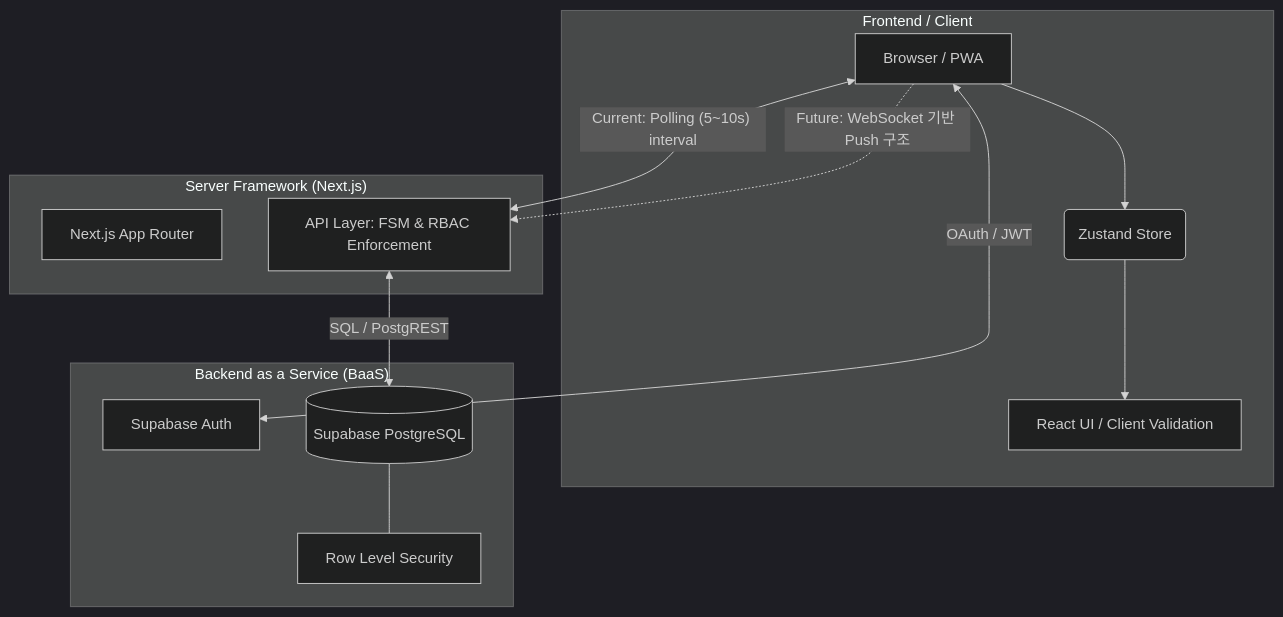
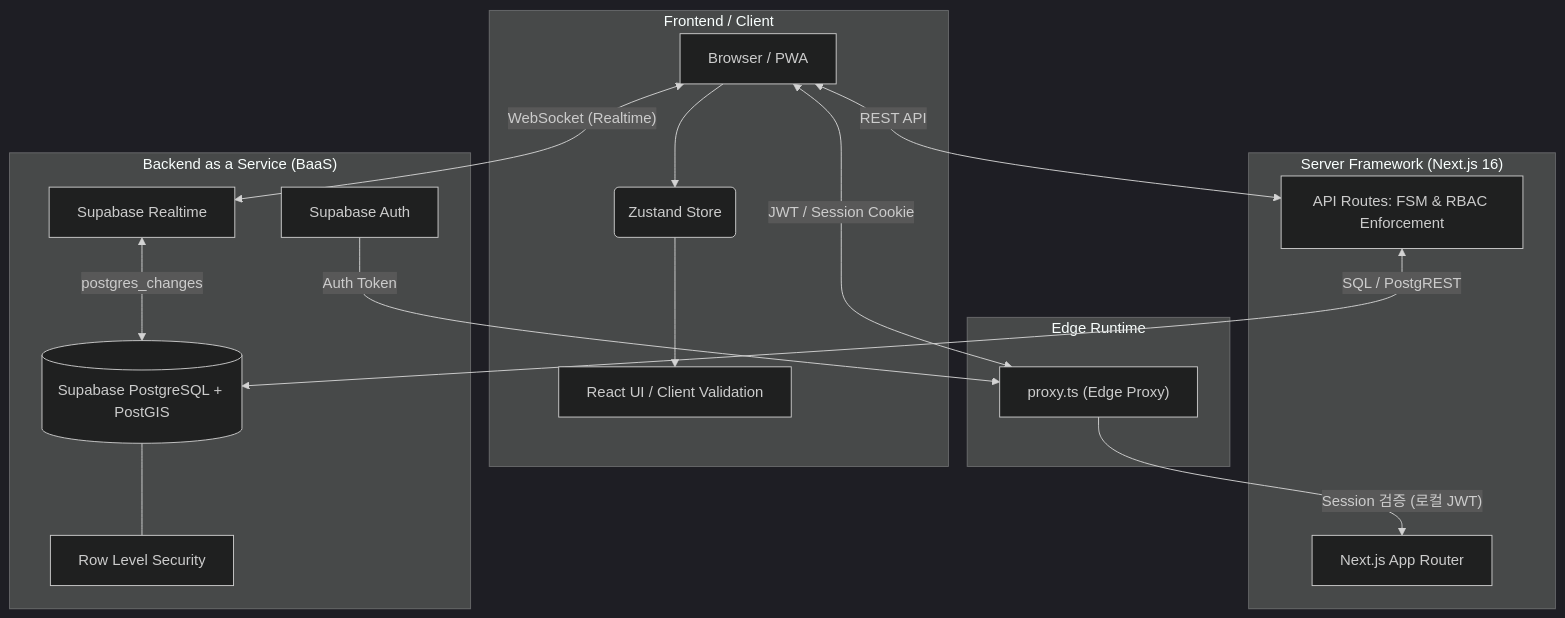
The first of 3 diagrams in architecture_overview.md (aotea21/ikea-scheduler-demo), drawn with Mermaid (dark theme) before and after one commit. The commit also changed other lines of this file, not shown here.

Commit message:
docs: update architecture overview for Next.js 16, proxy optimization, Realtime, RBAC

````diff
--- a/architecture_overview.md
+++ b/architecture_overview.md
@@ -39,27 +41,35 @@
 ```mermaid
 graph TD
     subgraph "Frontend / Client"
         A[Browser / PWA]
         B(Zustand Store)
         C[React UI / Client Validation]
         A --> B
         B --> C
     end
 
-    subgraph "Server Framework (Next.js)"
+    subgraph "Edge Runtime"
+        P["proxy.ts (Edge Proxy)"]
+    end
+
+    subgraph "Server Framework (Next.js 16)"
         D[Next.js App Router]
-        D_API[API Layer: FSM & RBAC Enforcement]
+        D_API[API Routes: FSM & RBAC Enforcement]
     end
 
     subgraph "Backend as a Service (BaaS)"
         E[Supabase Auth]
-        F[(Supabase PostgreSQL)]
+        F[(Supabase PostgreSQL + PostGIS)]
         G[Row Level Security]
+        H[Supabase Realtime]
     end
 
-    A <-->|"Current: Polling (5~10s) interval"| D_API
-    A -.->|"Future: WebSocket 기반 Push 구조"| D_API
-    A <-->|"OAuth / JWT"| E
+    A <-->|"WebSocket (Realtime)"| H
+    A <-->|"REST API"| D_API
+    A <-->|"JWT / Session Cookie"| P
+    P -->|"Session 검증 (로컬 JWT)"| D
     D_API <-->|"SQL / PostgREST"| F
     F --- G
+    H <-->|"postgres_changes"| F
+    E -->|"Auth Token"| P
 ```
````
